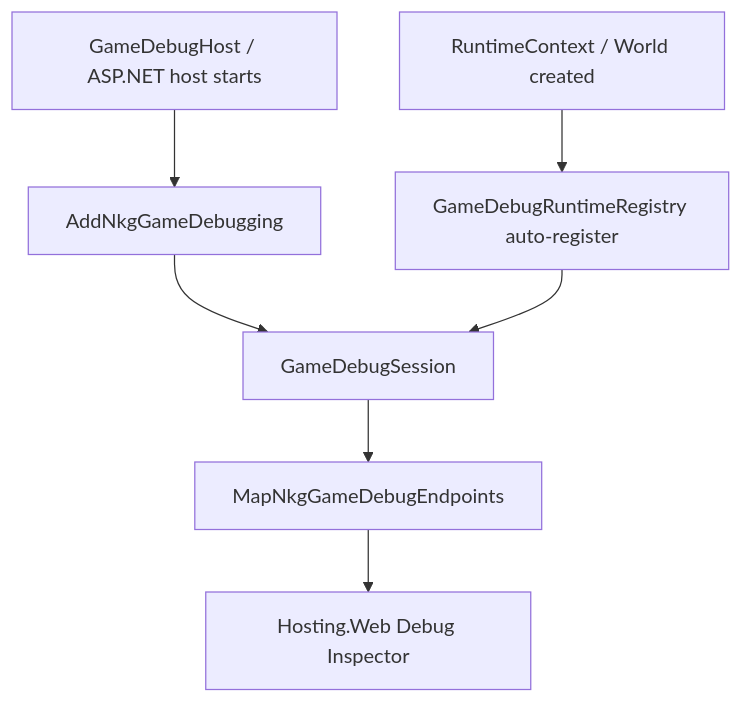
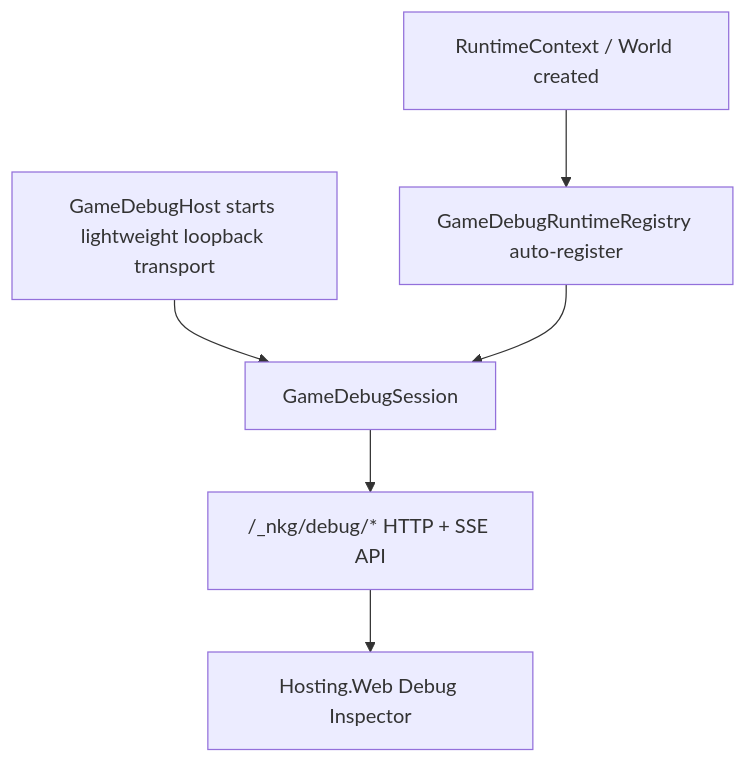
The first of 10 diagrams in docs/debug-and-dump.md (wqaetly/NKGGameFramework), drawn with Mermaid before and after one commit. The commit also changed other lines of this file and 15 other files, not shown here.

Commit message:
Simplify debug host runtime entry

````diff
--- a/docs/debug-and-dump.md
+++ b/docs/debug-and-dump.md
@@ -18,9 +19,8 @@
 ```mermaid
 flowchart TD
     Runtime["RuntimeContext / World created"] --> Registry["GameDebugRuntimeRegistry auto-register"]
-    HostStart["GameDebugHost / ASP.NET host starts"] --> Services["AddNkgGameDebugging"]
-    Services --> Session["GameDebugSession"]
+    HostStart["GameDebugHost starts lightweight loopback transport"] --> Session["GameDebugSession"]
     Registry --> Session
-    Session --> Endpoints["MapNkgGameDebugEndpoints"]
+    Session --> Endpoints["/_nkg/debug/* HTTP + SSE API"]
     Endpoints --> Web["Hosting.Web Debug Inspector"]
 ```
````
